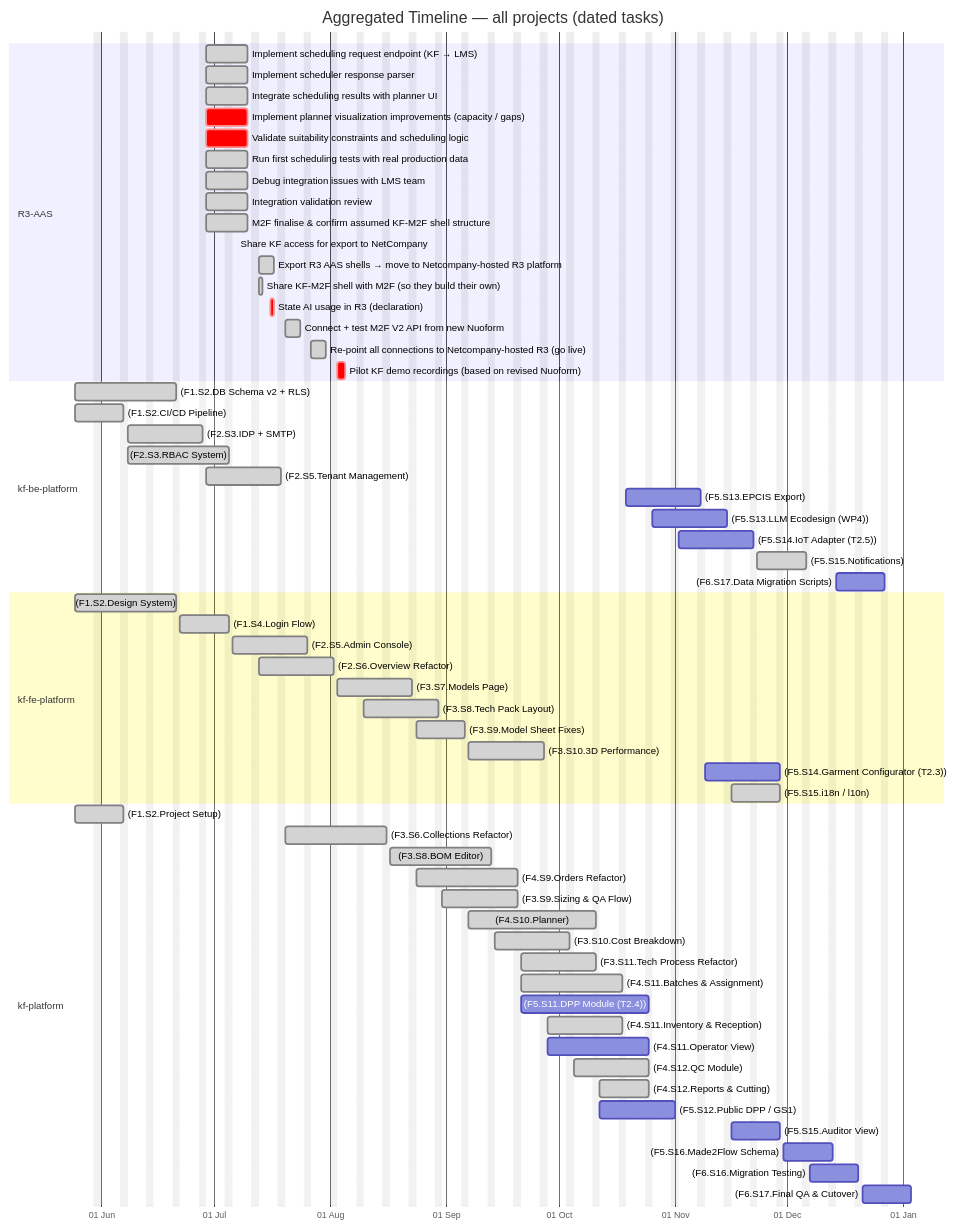
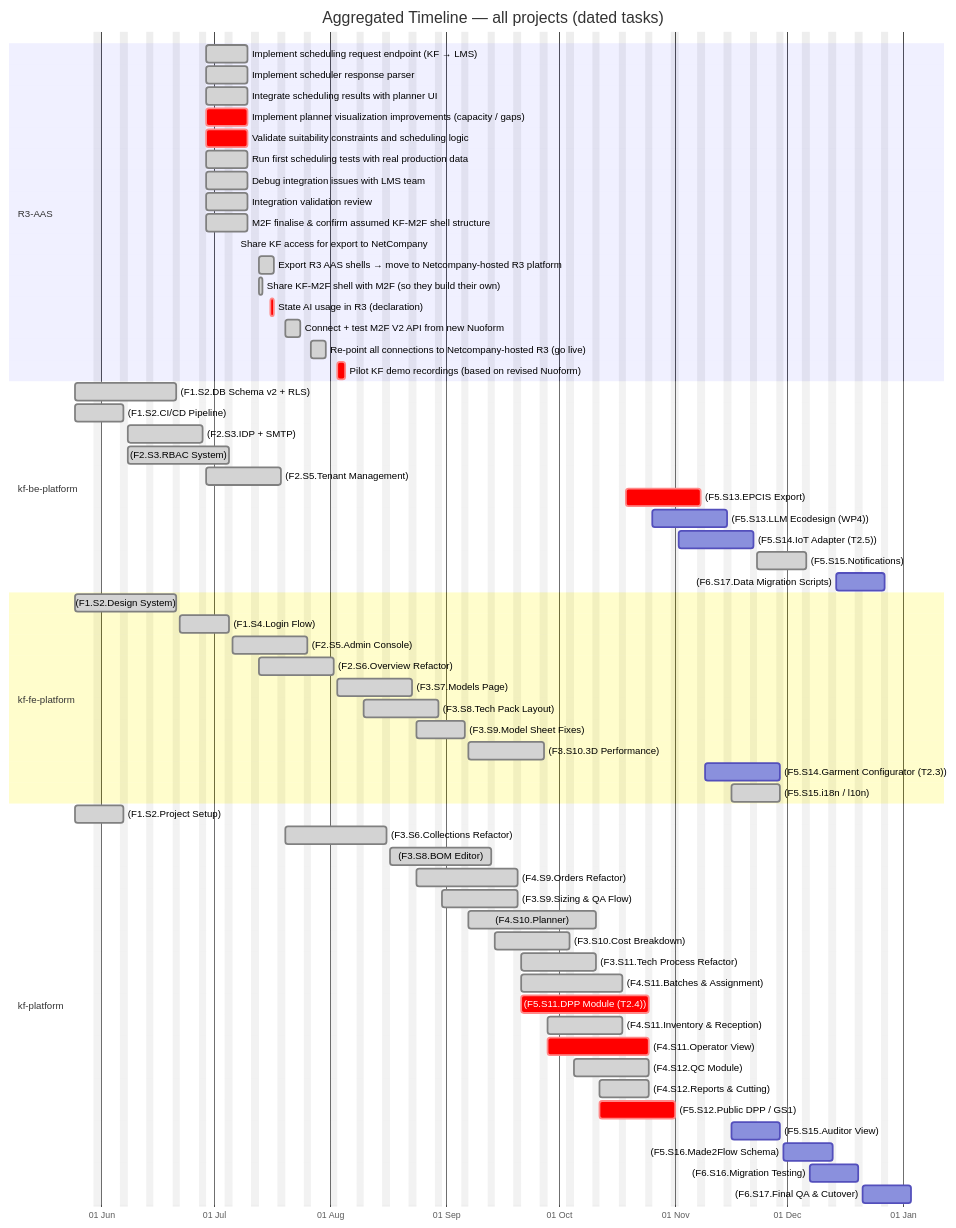
The third of 6 diagrams in docs/unified-calendar.md (Katty-Fashion/kf-cpto), drawn with Mermaid before and after one commit. The commit also changed other lines of this file and 36 other files, not shown here.

````diff
--- a/docs/unified-calendar.md
+++ b/docs/unified-calendar.md
@@ -61,67 +93,67 @@
 ```mermaid
 gantt
     title Aggregated Timeline — all projects (dated tasks)
     dateFormat YYYY-MM-DD
     axisFormat %d %b
     excludes weekends
 
     section R3-AAS
     Implement scheduling request endpoint (KF → LMS) :done, 2026-06-29, 2026-07-10
     Implement scheduler response parser :done, 2026-06-29, 2026-07-10
     Integrate scheduling results with planner UI :done, 2026-06-29, 2026-07-10
     Implement planner visualization improvements (capacity / gaps) :crit, 2026-06-29, 2026-07-10
     Validate suitability constraints and scheduling logic :crit, 2026-06-29, 2026-07-10
     Run first scheduling tests with real production data :done, 2026-06-29, 2026-07-10
     Debug integration issues with LMS team :done, 2026-06-29, 2026-07-10
     Integration validation review :done, 2026-06-29, 2026-07-10
     M2F finalise & confirm assumed KF-M2F shell structure :done, 2026-06-29, 2026-07-10
     Share KF access for export to NetCompany :done, 2026-07-07, 2026-07-07
     Export R3 AAS shells → move to Netcompany-hosted R3 platform :done, 2026-07-13, 2026-07-17
     Share KF-M2F shell with M2F (so they build their own) :done, 2026-07-13, 2026-07-14
     State AI usage in R3 (declaration) :crit, 2026-07-16, 2026-07-17
     Connect + test M2F V2 API from new Nuoform :done, 2026-07-20, 2026-07-24
     Re-point all connections to Netcompany-hosted R3 (go live) :done, 2026-07-27, 2026-07-31
     Pilot KF demo recordings (based on revised Nuoform) :crit, 2026-08-03, 2026-08-05
     section kf-be-platform
     (F1.S2.DB Schema v2 + RLS) :done, 2026-05-25, 2026-06-21
     (F1.S2.CI/CD Pipeline) :done, 2026-05-25, 2026-06-07
     (F2.S3.IDP + SMTP) :done, 2026-06-08, 2026-06-28
     (F2.S3.RBAC System) :done, 2026-06-08, 2026-07-05
     (F2.S5.Tenant Management) :done, 2026-06-29, 2026-07-19
-    (F5.S13.EPCIS Export) :2026-10-19, 2026-11-08
+    (F5.S13.EPCIS Export) :crit, 2026-10-19, 2026-11-08
     (F5.S13.LLM Ecodesign (WP4)) :2026-10-26, 2026-11-15
     (F5.S14.IoT Adapter (T2.5)) :2026-11-02, 2026-11-22
     (F5.S15.Notifications) :done, 2026-11-23, 2026-12-06
     (F6.S17.Data Migration Scripts) :2026-12-14, 2026-12-27
     section kf-fe-platform
     (F1.S2.Design System) :done, 2026-05-25, 2026-06-21
     (F1.S4.Login Flow) :done, 2026-06-22, 2026-07-05
     (F2.S5.Admin Console) :done, 2026-07-06, 2026-07-26
     (F2.S6.Overview Refactor) :done, 2026-07-13, 2026-08-02
     (F3.S7.Models Page) :done, 2026-08-03, 2026-08-23
     (F3.S8.Tech Pack Layout) :done, 2026-08-10, 2026-08-30
     (F3.S9.Model Sheet Fixes) :done, 2026-08-24, 2026-09-06
     (F3.S10.3D Performance) :done, 2026-09-07, 2026-09-27
     (F5.S14.Garment Configurator (T2.3)) :2026-11-09, 2026-11-29
     (F5.S15.i18n / l10n) :done, 2026-11-16, 2026-11-29
     section kf-platform
     (F1.S2.Project Setup) :done, 2026-05-25, 2026-06-07
     (F3.S6.Collections Refactor) :done, 2026-07-20, 2026-08-16
     (F3.S8.BOM Editor) :done, 2026-08-17, 2026-09-13
     (F4.S9.Orders Refactor) :done, 2026-08-24, 2026-09-20
     (F3.S9.Sizing & QA Flow) :done, 2026-08-31, 2026-09-20
     (F4.S10.Planner) :done, 2026-09-07, 2026-10-11
     (F3.S10.Cost Breakdown) :done, 2026-09-14, 2026-10-04
     (F3.S11.Tech Process Refactor) :done, 2026-09-21, 2026-10-11
     (F4.S11.Batches & Assignment) :done, 2026-09-21, 2026-10-18
-    (F5.S11.DPP Module (T2.4)) :2026-09-21, 2026-10-25
+    (F5.S11.DPP Module (T2.4)) :crit, 2026-09-21, 2026-10-25
     (F4.S11.Inventory & Reception) :done, 2026-09-28, 2026-10-18
-    (F4.S11.Operator View) :2026-09-28, 2026-10-25
+    (F4.S11.Operator View) :crit, 2026-09-28, 2026-10-25
     (F4.S12.QC Module) :done, 2026-10-05, 2026-10-25
     (F4.S12.Reports & Cutting) :done, 2026-10-12, 2026-10-25
-    (F5.S12.Public DPP / GS1) :2026-10-12, 2026-11-01
+    (F5.S12.Public DPP / GS1) :crit, 2026-10-12, 2026-11-01
     (F5.S15.Auditor View) :2026-11-16, 2026-11-29
     (F5.S16.Made2Flow Schema) :2026-11-30, 2026-12-13
     (F6.S16.Migration Testing) :2026-12-07, 2026-12-20
     (F6.S17.Final QA & Cutover) :2026-12-21, 2027-01-03
 ```
````
